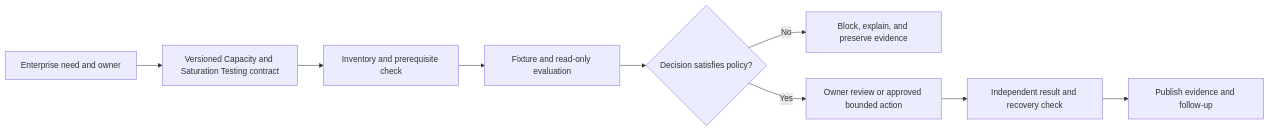
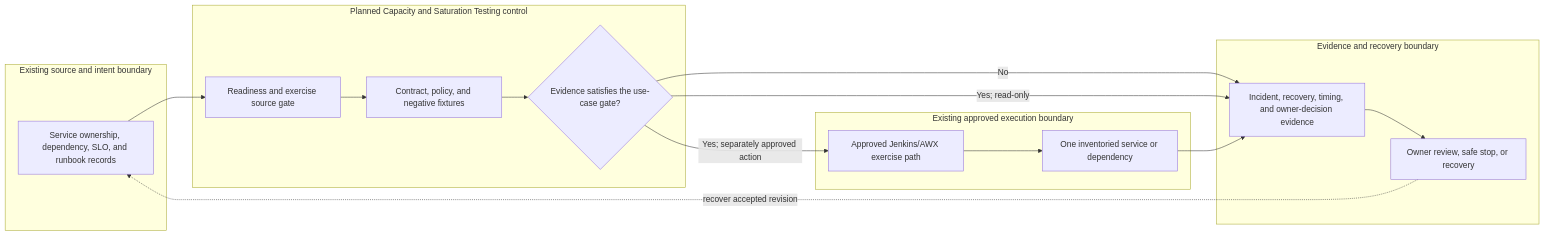
The diagram in docs/use-cases/resilience/UC-RSO-012-capacity-and-saturation-testing.md (MIDHTECH/enterprise-architecture-docs), drawn with Mermaid before and after one commit. The commit also changed other lines of this file and 227 other files, not shown here.

Commit message:
Deepen architecture for all use case designs

````diff
--- a/docs/use-cases/resilience/UC-RSO-012-capacity-and-saturation-testing.md
+++ b/docs/use-cases/resilience/UC-RSO-012-capacity-and-saturation-testing.md
@@ -136,11 +129,25 @@
 ```mermaid
 flowchart LR
-    Need["Enterprise need and owner"] --> Contract["Versioned Capacity and Saturation Testing contract"]
-    Contract --> Preflight["Inventory and prerequisite check"]
-    Preflight --> Evaluate["Fixture and read-only evaluation"]
-    Evaluate --> Decision{"Decision satisfies policy?"}
-    Decision -->|No| Stop["Block, explain, and preserve evidence"]
-    Decision -->|Yes| Review["Owner review or approved bounded action"]
-    Review --> Verify["Independent result and recovery check"]
-    Verify --> Publish["Publish evidence and follow-up"]
+    subgraph Source["Existing source and intent boundary"]
+        A["Service ownership, dependency, SLO, and runbook records"]
+    end
+    subgraph Planned["Planned Capacity and Saturation Testing control"]
+        B["Readiness and exercise source gate"]
+        C["Contract, policy, and negative fixtures"]
+        D{"Evidence satisfies the use-case gate?"}
+    end
+    subgraph Runtime["Existing approved execution boundary"]
+        E["Approved Jenkins/AWX exercise path"]
+        F["One inventoried service or dependency"]
+    end
+    subgraph Assurance["Evidence and recovery boundary"]
+        G["Incident, recovery, timing, and owner-decision evidence"]
+        H["Owner review, safe stop, or recovery"]
+    end
+
+    A --> B --> C --> D
+    D -->|No| G --> H
+    D -->|Yes; read-only| G
+    D -->|Yes; separately approved action| E --> F --> G
+    H -. recover accepted revision .-> A
 ```
````
